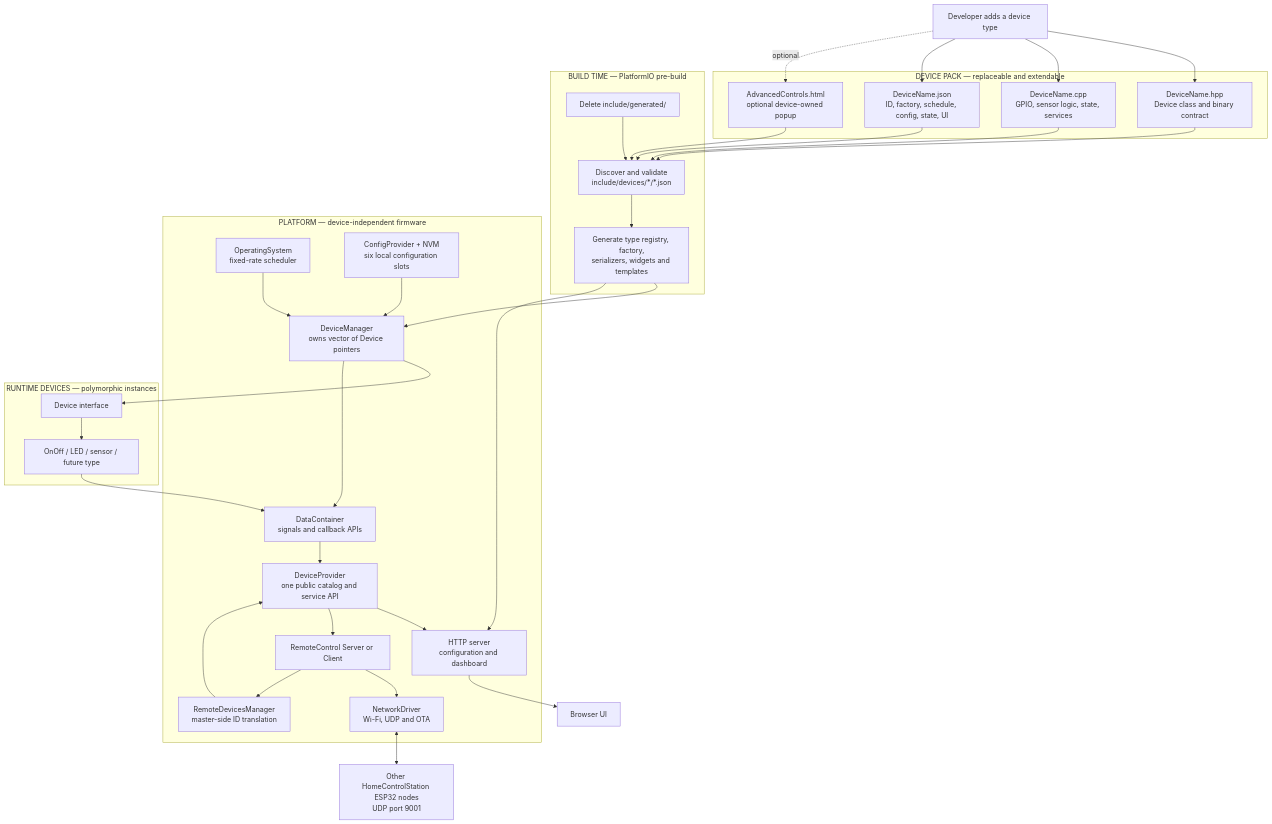
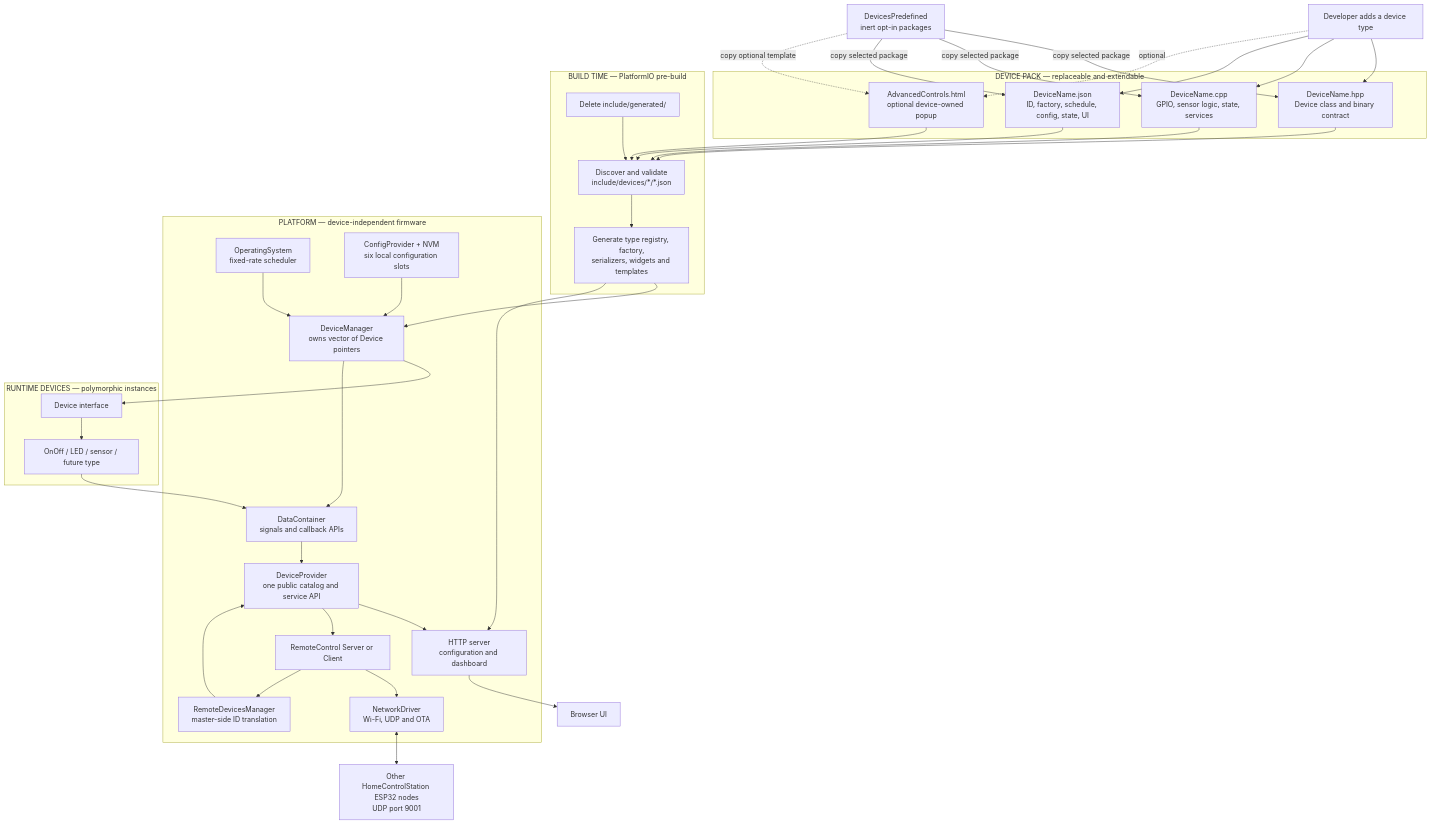
The first of 8 diagrams in ARCHITECTURE.md (kubabec/HomeControlStation), drawn with Mermaid before and after one commit. The commit also changed other lines of this file and 80 other files, not shown here.

Commit message:
Move devices to the Predefined folder, enabling user to pick only ones which are required to the binary

````diff
--- a/ARCHITECTURE.md
+++ b/ARCHITECTURE.md
@@ -7,60 +7,66 @@
 ```mermaid
 flowchart TB
     Developer["Developer adds a device type"]
+
+    Catalog["DevicesPredefined<br/>inert opt-in packages"]
 
     subgraph DevicePack["DEVICE PACK — replaceable and extendable"]
         HPP["DeviceName.hpp<br/>Device class and binary contract"]
         CPP["DeviceName.cpp<br/>GPIO, sensor logic, state, services"]
         JSON["DeviceName.json<br/>ID, factory, schedule, config, state, UI"]
         HTML["AdvancedControls.html<br/>optional device-owned popup"]
     end
 
     subgraph BuildTime["BUILD TIME — PlatformIO pre-build"]
         Clean["Delete include/generated/"]
         Validate["Discover and validate<br/>include/devices/*/*.json"]
         Generate["Generate type registry, factory,<br/>serializers, widgets and templates"]
     end
 
     subgraph Platform["PLATFORM — device-independent firmware"]
         OS["OperatingSystem<br/>fixed-rate scheduler"]
         NVM["ConfigProvider + NVM<br/>six local configuration slots"]
         DM["DeviceManager<br/>owns vector of Device pointers"]
         DC["DataContainer<br/>signals and callback APIs"]
         DP["DeviceProvider<br/>one public catalog and service API"]
         HTTP["HTTP server<br/>configuration and dashboard"]
         NET["NetworkDriver<br/>Wi-Fi, UDP and OTA"]
         RC["RemoteControl Server or Client"]
         RDM["RemoteDevicesManager<br/>master-side ID translation"]
     end
 
     subgraph RuntimeDevices["RUNTIME DEVICES — polymorphic instances"]
         Base["Device interface"]
         Instances["OnOff / LED / sensor / future type"]
     end
 
     Browser["Browser UI"]
     OtherNodes["Other HomeControlStation ESP32 nodes<br/>UDP port 9001"]
 
     Developer --> HPP
     Developer --> CPP
     Developer --> JSON
     Developer -. optional .-> HTML
+    Catalog -->|"copy selected package"| HPP
+    Catalog -->|"copy selected package"| CPP
+    Catalog -->|"copy selected package"| JSON
+    Catalog -. "copy optional template" .-> HTML
     HPP --> Validate
     CPP --> Validate
     JSON --> Validate
     HTML --> Validate
     Clean --> Validate --> Generate
     Generate --> DM
     Generate --> HTTP
     NVM --> DM
     OS --> DM
     DM --> Base --> Instances
     Instances --> DC
     DM --> DC
     DC --> DP
     DP --> HTTP --> Browser
     DP --> RC
     RC --> NET <--> OtherNodes
     RDM --> DP
     RC --> RDM
 ```
````
